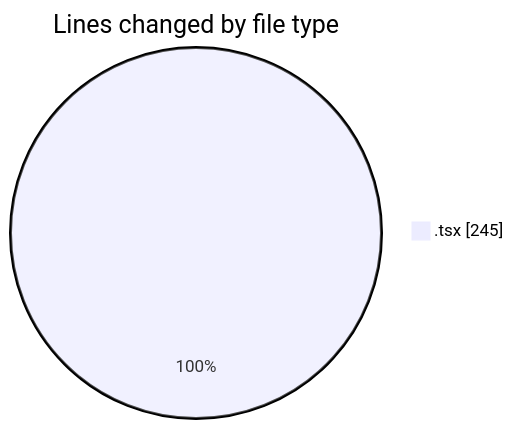
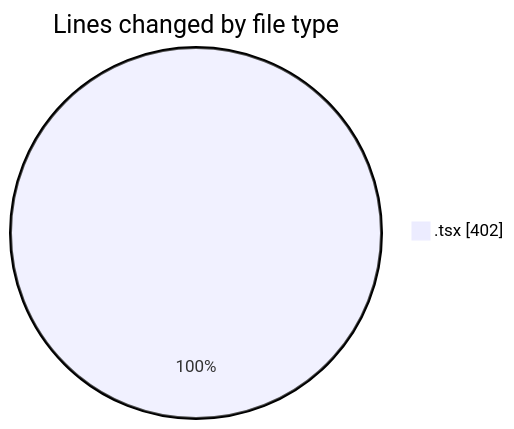
The first of 2 diagrams in 2025-09-22/cda/README.md (momahboobian/code-tracking), drawn with Mermaid before and after one commit. The commit also changed other lines of this file and 1 other file, not shown here.

````diff
--- a/2025-09-22/cda/README.md
+++ b/2025-09-22/cda/README.md
@@ -20,5 +20,5 @@
 ```mermaid
 pie showData
 title Lines changed by file type
-".tsx" : 245
+".tsx" : 402
 ```
````
